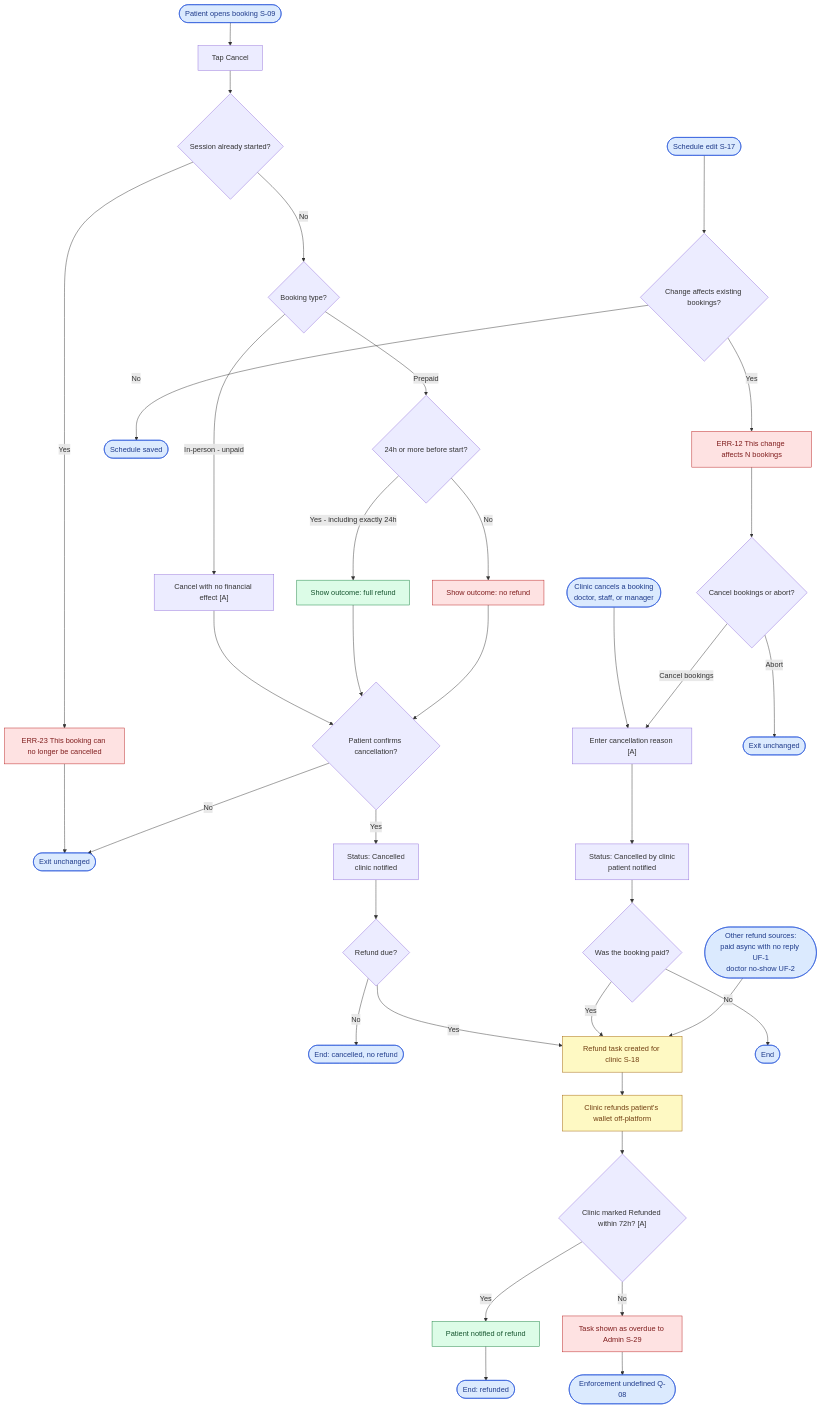
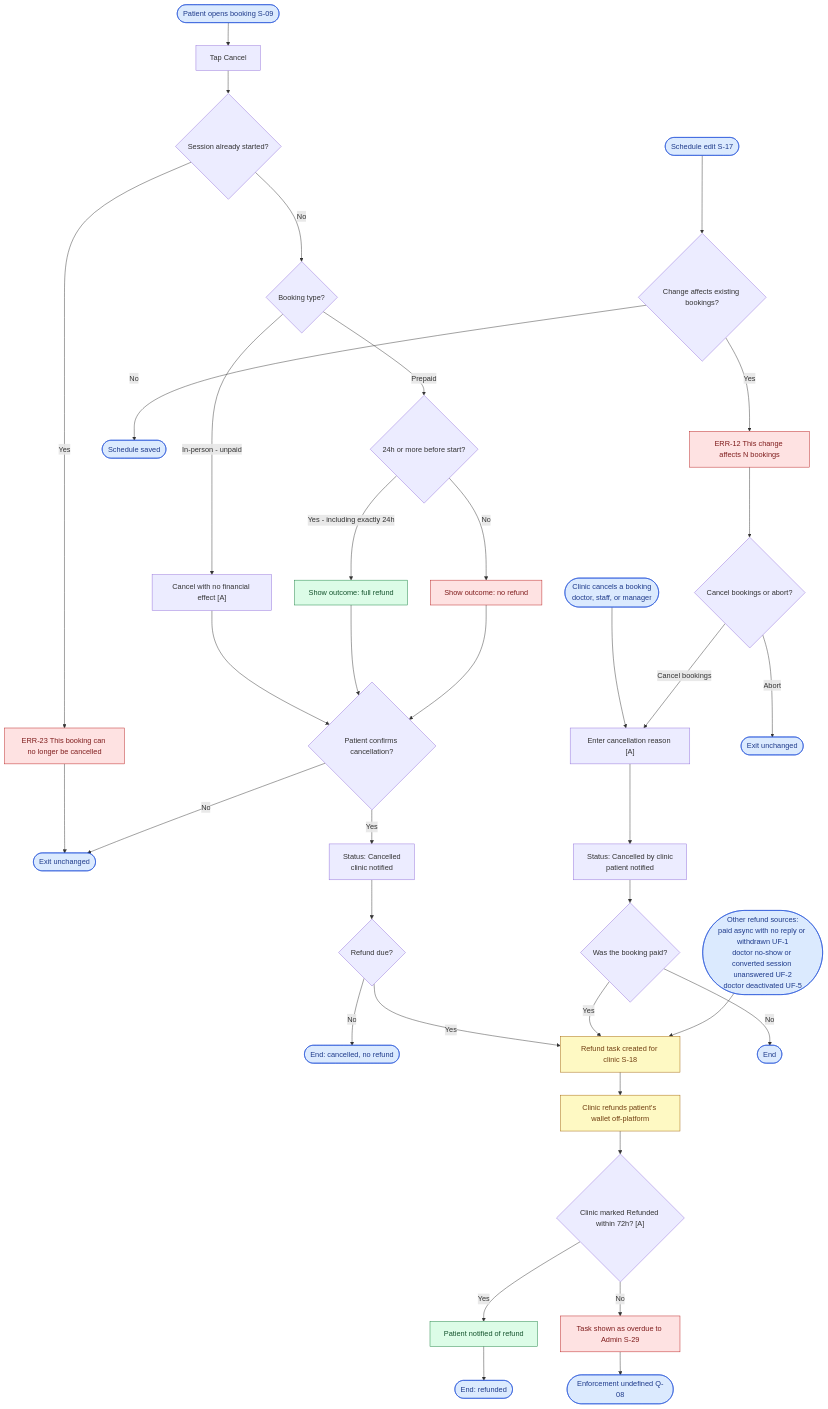
Before and after one commit to foxamoca/iltiam: the ninth of 12 diagrams in docs/user-flow.md, drawn with Mermaid. The commit also changed other lines of this file and 6 other files, not shown here.

Commit message:
docs: update PRD (Arabic + PDFs), user flows and UI/UX to v1.1

````diff
--- a/docs/user-flow.md
+++ b/docs/user-flow.md
@@ -583,50 +614,50 @@
 ```mermaid
 flowchart TD
     PSTART(["Patient opens booking S-09"]) --> PCAN["Tap Cancel"]
     PCAN --> STARTED{"Session already started?"}
     STARTED -->|"Yes"| ERR23["ERR-23 This booking can no longer be cancelled"]
     ERR23 --> PX(["Exit unchanged"])
     STARTED -->|"No"| TYPE{"Booking type?"}
     TYPE -->|"In-person - unpaid"| INP["Cancel with no financial effect [A]"]
     INP --> PCONF
     TYPE -->|"Prepaid"| TIME{"24h or more before start?"}
     TIME -->|"Yes - including exactly 24h"| SHOWR["Show outcome: full refund"]
     TIME -->|"No"| SHOWN["Show outcome: no refund"]
     SHOWR --> PCONF{"Patient confirms cancellation?"}
     SHOWN --> PCONF
     PCONF -->|"No"| PX
     PCONF -->|"Yes"| CANCELLED["Status: Cancelled<br/>clinic notified"]
     CANCELLED --> NEEDR{"Refund due?"}
     NEEDR -->|"No"| DONE0(["End: cancelled, no refund"])
     NEEDR -->|"Yes"| TASK
 
     CSTART(["Clinic cancels a booking<br/>doctor, staff, or manager"]) --> CREASON["Enter cancellation reason [A]"]
     SCHED(["Schedule edit S-17"]) --> CONFLICT{"Change affects existing bookings?"}
     CONFLICT -->|"No"| SAVED(["Schedule saved"])
     CONFLICT -->|"Yes"| ERR12["ERR-12 This change affects N bookings"]
     ERR12 --> SCHOICE{"Cancel bookings or abort?"}
     SCHOICE -->|"Abort"| SAVED2(["Exit unchanged"])
     SCHOICE -->|"Cancel bookings"| CREASON
     CREASON --> CCANC["Status: Cancelled by clinic<br/>patient notified"]
     CCANC --> CPAID{"Was the booking paid?"}
     CPAID -->|"No"| DONE1(["End"])
     CPAID -->|"Yes"| TASK
 
-    OTHERSRC(["Other refund sources:<br/>paid async with no reply UF-1<br/>doctor no-show UF-2"]) --> TASK
+    OTHERSRC(["Other refund sources:<br/>paid async with no reply or withdrawn UF-1<br/>doctor no-show or converted session unanswered UF-2<br/>doctor deactivated UF-5"]) --> TASK
 
     TASK["Refund task created for clinic S-18"] --> REFUND["Clinic refunds patient's wallet off-platform"]
     REFUND --> MARKED{"Clinic marked Refunded within 72h? [A]"}
     MARKED -->|"Yes"| NOTIFY["Patient notified of refund"]
     NOTIFY --> DONE2(["End: refunded"])
     MARKED -->|"No"| OVERDUE["Task shown as overdue to Admin S-29"]
     OVERDUE --> ENF(["Enforcement undefined Q-08"])
 
     classDef entry fill:#dbeafe,stroke:#1d4ed8,color:#1e3a8a
     classDef success fill:#dcfce7,stroke:#15803d,color:#14532d
     classDef error fill:#fee2e2,stroke:#b91c1c,color:#7f1d1d
     classDef pending fill:#fef9c3,stroke:#a16207,color:#713f12
     class PSTART,PX,DONE0,CSTART,SCHED,SAVED,SAVED2,DONE1,OTHERSRC,DONE2,ENF entry
     class NOTIFY,SHOWR success
     class ERR23,ERR12,OVERDUE,SHOWN error
     class TASK,REFUND pending
 ```
````
